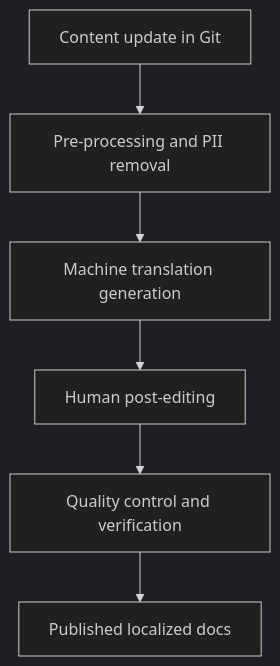
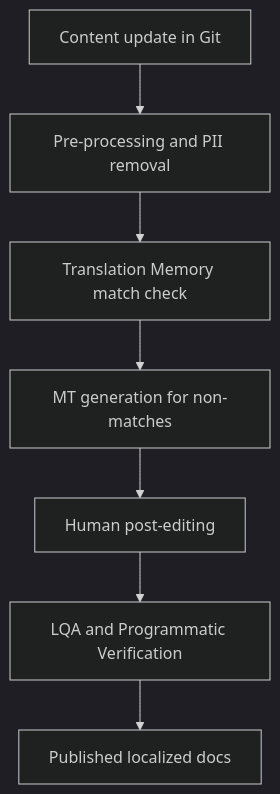
One commit to vaishvanara/techwritingkb changed the diagram in docs/industry-terms/mtpe.md. Above: the diagram before and after it, drawn with Mermaid (dark theme). The commit also changed other lines of this file and 51 other files, not shown here.

````diff
--- a/docs/industry-terms/mtpe.md
+++ b/docs/industry-terms/mtpe.md
@@ -40,8 +41,9 @@
 ```mermaid
 graph TD
     Trigger[Content update in Git] --> PreProcess[Pre-processing and PII removal]
-    PreProcess --> MTGen[Machine translation generation]
+    PreProcess --> TMLeverage[Translation Memory match check]
+    TMLeverage --> MTGen[MT generation for non-matches]
     MTGen --> HumanPE[Human post-editing]
-    HumanPE --> QualityCheck[Quality control and verification]
+    HumanPE --> QualityCheck[LQA and Programmatic Verification]
     QualityCheck --> Publish[Published localized docs]
 ```
````
